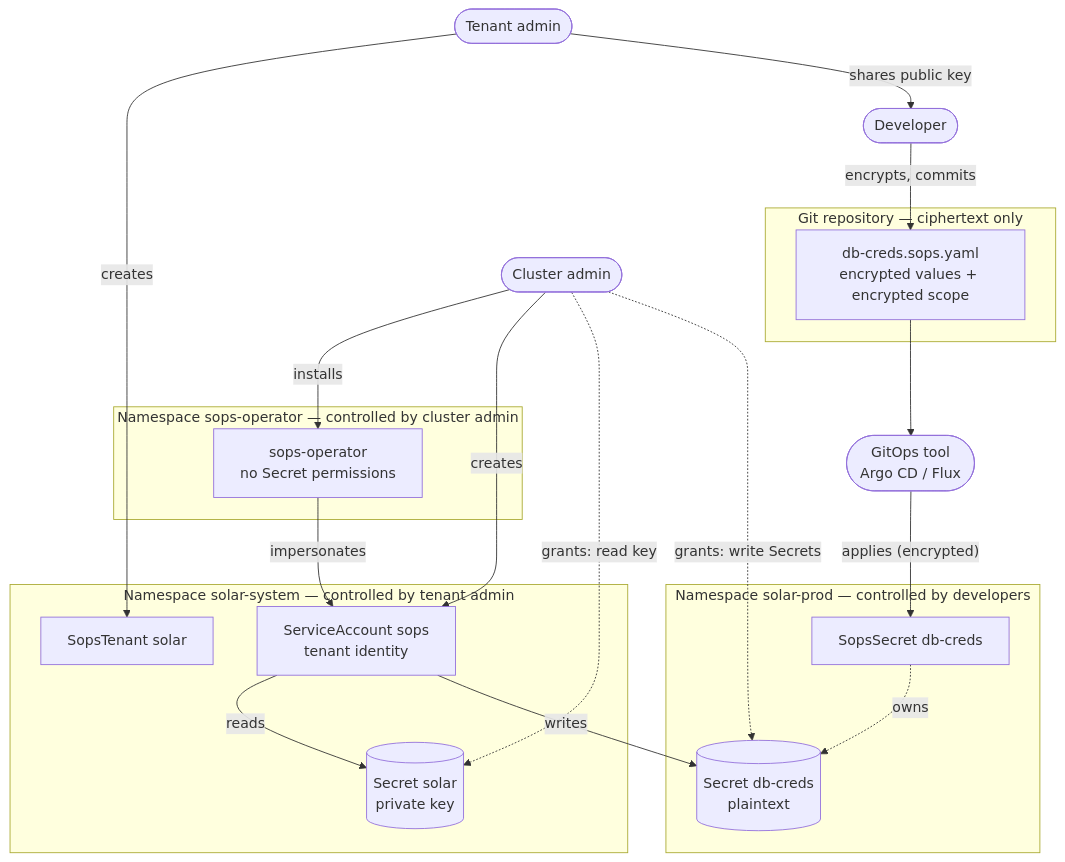
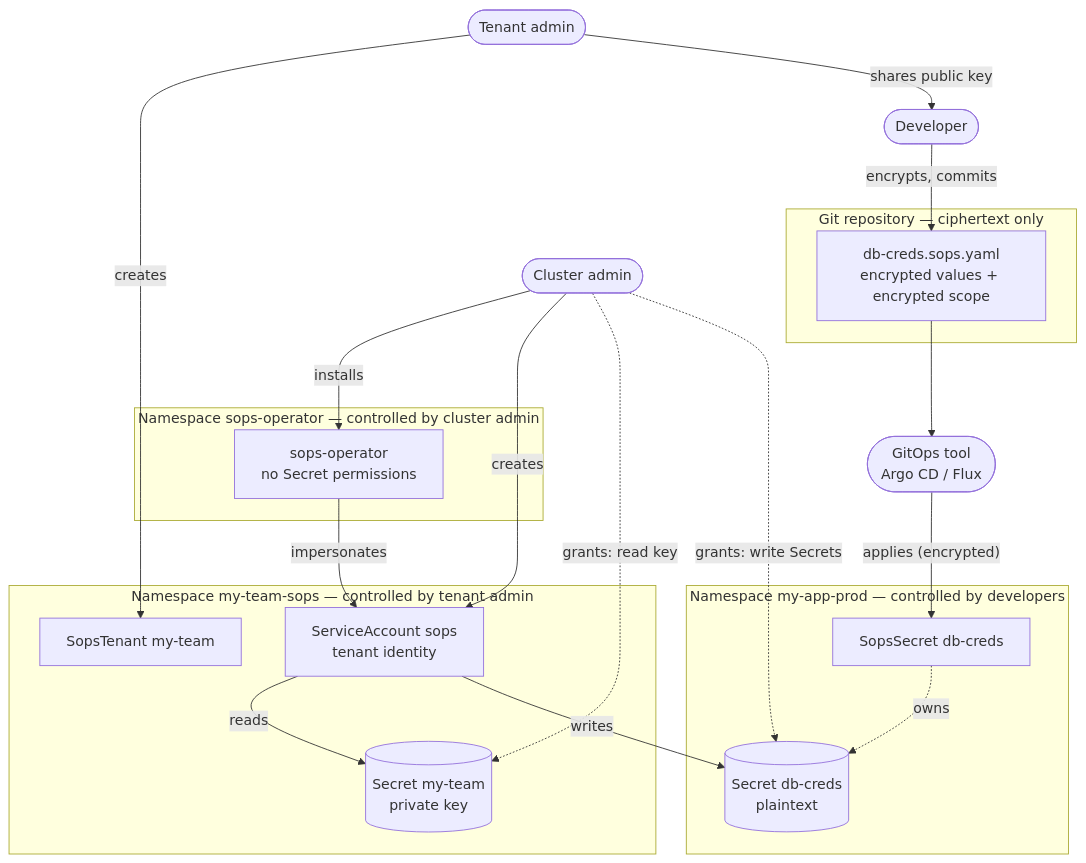
Before and after one commit to stakater/sops-operator: the first of 3 diagrams in DESIGN.md, drawn with Mermaid. The commit also changed other lines of this file and 120 other files, not shown here.

````diff
--- a/DESIGN.md
+++ b/DESIGN.md
@@ -107,41 +107,41 @@
 ```mermaid
 flowchart TB
     CA(["Cluster admin"])
     TA(["Tenant admin"])
     DEV(["Developer"])
 
     subgraph GIT["Git repository — ciphertext only"]
         FILE["db-creds.sops.yaml<br/>encrypted values + encrypted scope"]
     end
 
     GITOPS(["GitOps tool<br/>Argo CD / Flux"])
 
     subgraph OPNS["Namespace sops-operator — controlled by cluster admin"]
         OP["sops-operator<br/>no Secret permissions"]
     end
 
-    subgraph TNS["Namespace solar-system — controlled by tenant admin"]
-        TEN["SopsTenant solar"]
-        KEY[("Secret solar<br/>private key")]
+    subgraph TNS["Namespace my-team-sops — controlled by tenant admin"]
+        TEN["SopsTenant my-team"]
+        KEY[("Secret my-team<br/>private key")]
         SA["ServiceAccount sops<br/>tenant identity"]
     end
 
-    subgraph PROD["Namespace solar-prod — controlled by developers"]
+    subgraph PROD["Namespace my-app-prod — controlled by developers"]
         SS["SopsSecret db-creds"]
         OUT[("Secret db-creds<br/>plaintext")]
     end
 
     CA -->|installs| OP
     CA -->|creates| SA
     CA -.->|"grants: read key"| KEY
     CA -.->|"grants: write Secrets"| OUT
     TA -->|creates| TEN
     TA -->|"shares public key"| DEV
     DEV -->|"encrypts, commits"| FILE
     FILE --> GITOPS
     GITOPS -->|"applies (encrypted)"| SS
     OP -->|impersonates| SA
     SA -->|reads| KEY
     SA -->|writes| OUT
     SS -.->|owns| OUT
 ```
````
